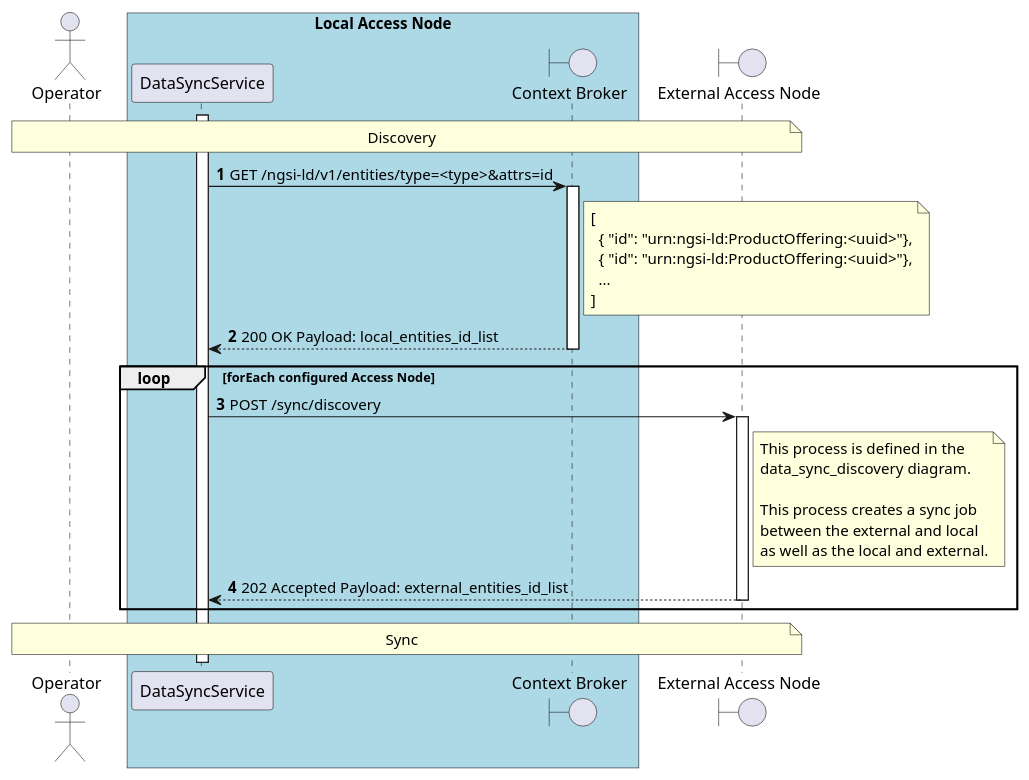
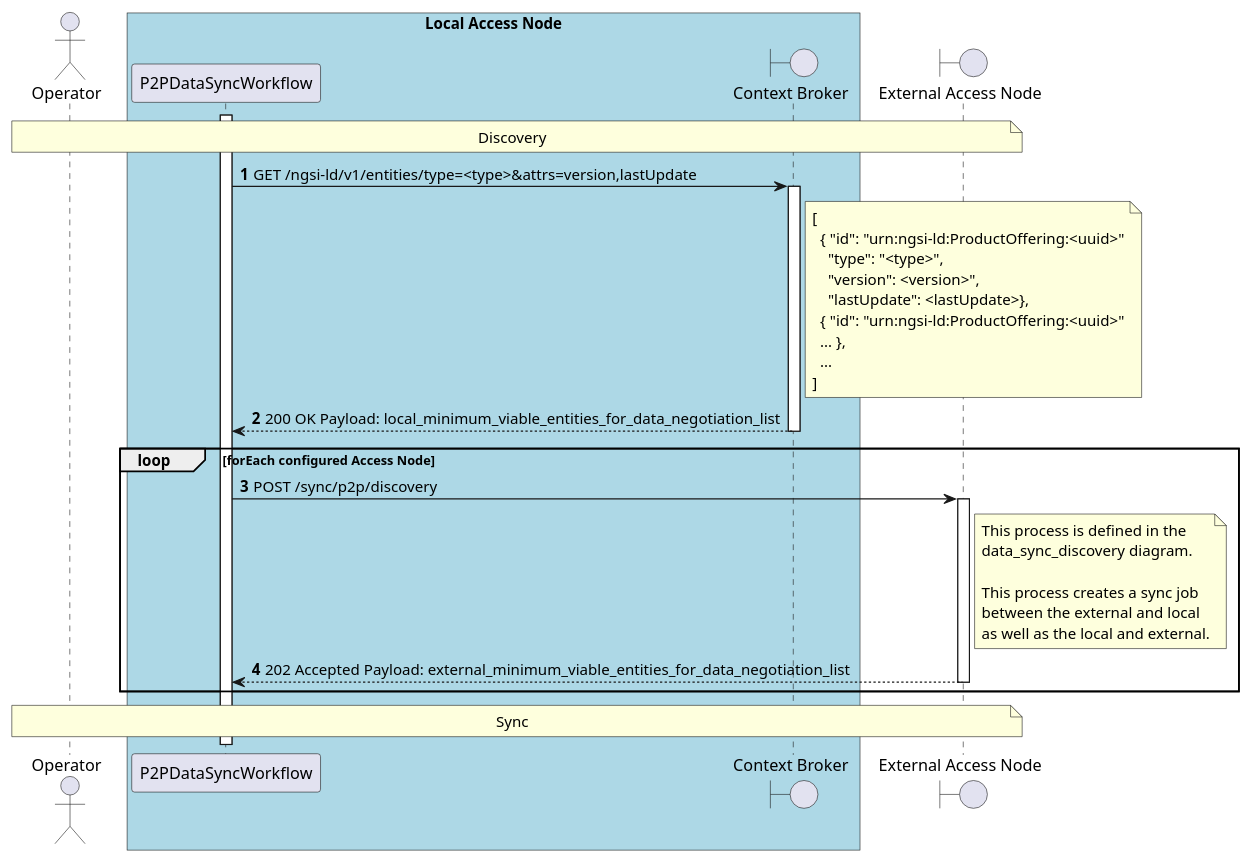
The diagram in desmos-tech-doc/diagrams/use-case-data-synchronization-2-discovery.puml (in2workspace/in2-guides), drawn with PlantUML before and after one commit. The commit also changed 10 other files, not shown here.

```diff
--- a/desmos-tech-doc/diagrams/use-case-data-synchronization-2-discovery.puml
+++ b/desmos-tech-doc/diagrams/use-case-data-synchronization-2-discovery.puml
@@ -1,52 +1,56 @@
 @startuml
 'https://plantuml.com/sequence-diagram
 
 autonumber
 skinparam BoxPadding 10
 
 ' -------------------- Headers -------------------- '
 
 actor "Operator" as operator
 
 box "Local Access Node" #LightBlue
-    participant "DataSyncService" as data_sync_service
+    participant "P2PDataSyncWorkflow" as p2p_data_sync_workflow
     boundary "Context Broker" as context_broker
 end box
 
 boundary "External Access Node" as external_access_node
 
 ' -------------------- Diagram -------------------- '
 
 note over operator, external_access_node
     Discovery
 end note
 
-activate data_sync_service
-data_sync_service -> context_broker++: GET /ngsi-ld/v1/entities/type=<type>&attrs=id
+activate p2p_data_sync_workflow
+p2p_data_sync_workflow -> context_broker++: GET /ngsi-ld/v1/entities/type=<type>&attrs=version,lastUpdate
     note right of context_broker
       [
-        { "id": "urn:ngsi-ld:ProductOffering:<uuid>"},
-        { "id": "urn:ngsi-ld:ProductOffering:<uuid>"},
+        { "id": "urn:ngsi-ld:ProductOffering:<uuid>"
+          "type": "<type>",
+          "version": <version>",
+          "lastUpdate": <lastUpdate>},
+        { "id": "urn:ngsi-ld:ProductOffering:<uuid>"
+        ... },
         ...
       ]
     end note
-return 200 OK Payload: local_entities_id_list
+return 200 OK Payload: local_minimum_viable_entities_for_data_negotiation_list
 
 loop forEach configured Access Node
-    data_sync_service -> external_access_node++: POST /sync/discovery
+    p2p_data_sync_workflow -> external_access_node++: POST /sync/p2p/discovery
         note right of external_access_node
             This process is defined in the
             data_sync_discovery diagram.
 
             This process creates a sync job
             between the external and local
             as well as the local and external.
         end note
-    return 202 Accepted Payload: external_entities_id_list
+    return 202 Accepted Payload: external_minimum_viable_entities_for_data_negotiation_list
 end
 
 note over operator, external_access_node
     Sync
 end note
 
 @enduml
```
